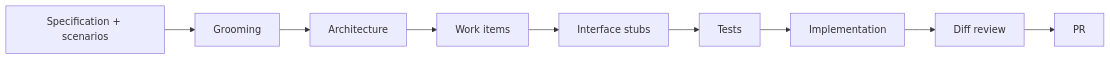
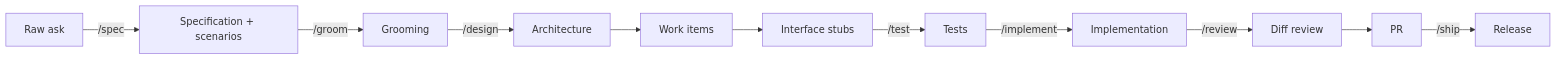
One commit to RLittlesII/agents changed the diagram in skills/sdd-conventions/SKILL.md. Above: the diagram before and after it, drawn with Mermaid. The commit also changed other lines of this file and 3 other files, not shown here.

````diff
--- a/skills/sdd-conventions/SKILL.md
+++ b/skills/sdd-conventions/SKILL.md
@@ -35,11 +35,13 @@
 ```mermaid
 flowchart LR
-    Specification[Specification + scenarios] --> Grooming[Grooming]
-    Grooming --> Architecture[Architecture]
+    Ask[Raw ask] -->|/spec| Specification[Specification + scenarios]
+    Specification -->|/groom| Grooming[Grooming]
+    Grooming -->|/design| Architecture[Architecture]
     Architecture --> Items[Work items]
     Items --> Stubs[Interface stubs]
-    Stubs --> Tests[Tests]
-    Tests --> Implementation[Implementation]
-    Implementation --> Review[Diff review]
+    Stubs -->|/test| Tests[Tests]
+    Tests -->|/implement| Implementation[Implementation]
+    Implementation -->|/review| Review[Diff review]
     Review --> PR[PR]
+    PR -->|/ship| Release[Release]
 ```
````
